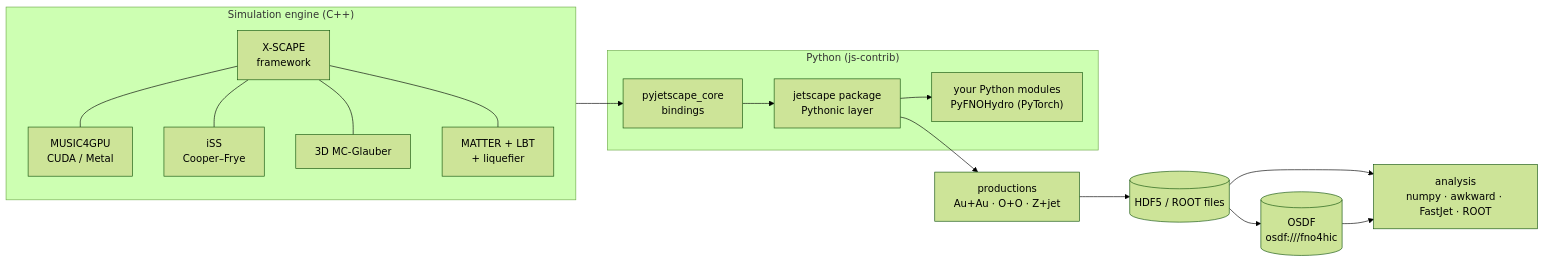
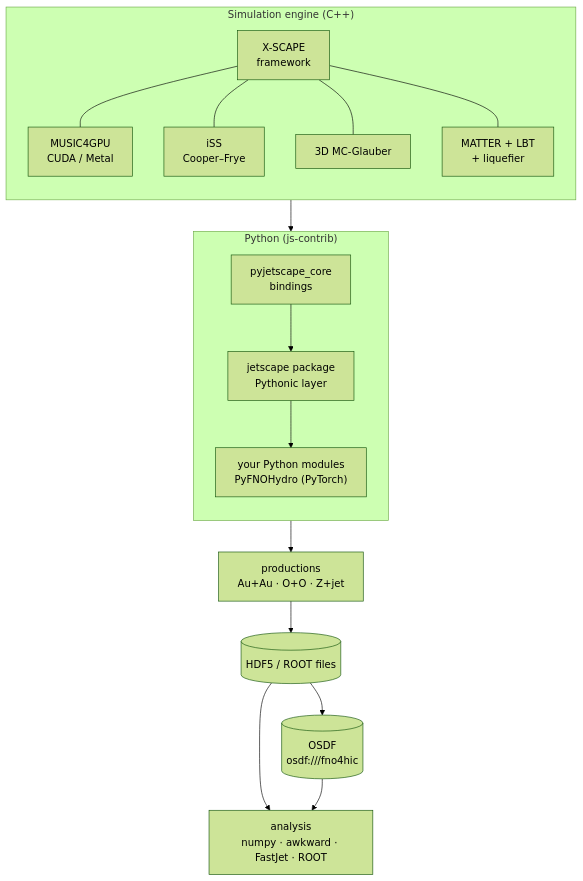
The diagram in website/index.md (jhputschke/js-contrib), drawn with Mermaid (forest theme) before and after one commit.

Commit message:
website: "What is in the box" diagram top to bottom (flowchart TB)
Left to right it was scaled down to the page width, about a third of the text size;
top to bottom it keeps the text size (four engine boxes in the widest row).

Claude-Session: https://claude.ai/code/session_018CmFVoeNPAya2ocrMtDgqE

````diff
--- a/website/index.md
+++ b/website/index.md
@@ -140,19 +140,21 @@
 ```mermaid
-flowchart LR
+flowchart TB
   subgraph engine["Simulation engine (C++)"]
+    direction TB
     XS["X-SCAPE<br/>framework"] --- M4G["MUSIC4GPU<br/>CUDA / Metal"]
     XS --- ISS["iSS<br/>Cooper–Frye"]
     XS --- GLB["3D MC-Glauber"]
     XS --- JET["MATTER + LBT<br/>+ liquefier"]
   end
   subgraph py["Python (js-contrib)"]
+    direction TB
     CORE["pyjetscape_core<br/>bindings"] --> JS["jetscape package<br/>Pythonic layer"]
     JS --> MOD["your Python modules<br/>PyFNOHydro (PyTorch)"]
   end
   engine --> CORE
   JS --> PROD["productions<br/>Au+Au · O+O · Z+jet"]
   PROD --> H5[("HDF5 / ROOT files")]
   H5 --> OSDF[("OSDF<br/>osdf:///fno4hic")]
   H5 --> ANA["analysis<br/>numpy · awkward · FastJet · ROOT"]
   OSDF --> ANA
 ```
````
